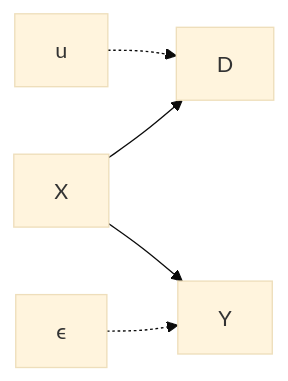
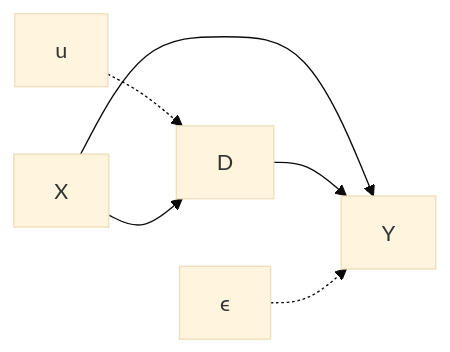
The fourth of 5 diagrams in site/identification/identification.qmd (ubcecon/626), drawn with Mermaid (base theme) before and after one commit. The commit also changed other lines of this file and 2 other files, not shown here.

````diff
--- a/site/identification/identification.qmd
+++ b/site/identification/identification.qmd
@@ -245,8 +245,9 @@
 ```{mermaid}
 %%| fig-width: 6.5
 flowchart LR
     u -.-> D
     X --> Y
     X --> D
+    D --> Y
     ϵ -.-> Y
 ```
````
